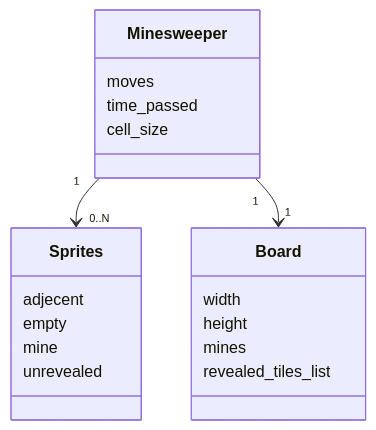
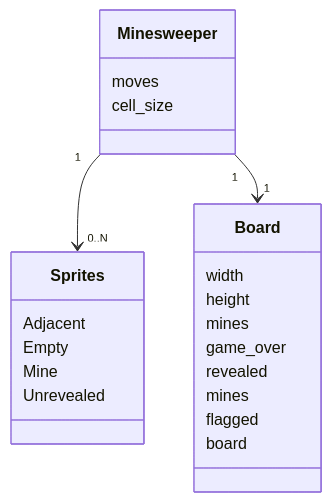
The first of 6 diagrams in dokumentaatio/arkkitehtuuri.md (xelmas/ot-miinaharava), drawn with Mermaid before and after one commit. The commit also changed other lines of this file, not shown here.

````diff
--- a/dokumentaatio/arkkitehtuuri.md
+++ b/dokumentaatio/arkkitehtuuri.md
@@ -24,22 +24,25 @@
 ```mermaid
  classDiagram
       Minesweeper "1" --> "0..N" Sprites
       Minesweeper "1" --> "1" Board
       class Minesweeper {
         moves
-        time_passed
         cell_size
       }
       class Board {
         width
         height
         mines
-        revealed_tiles_list
+        game_over
+        revealed
+        mines
+        flagged
+        board
       }
       class Sprites{
-        adjecent
-        empty
-        mine
-        unrevealed
+        Adjacent
+        Empty
+        Mine
+        Unrevealed
       }
 ```
````
